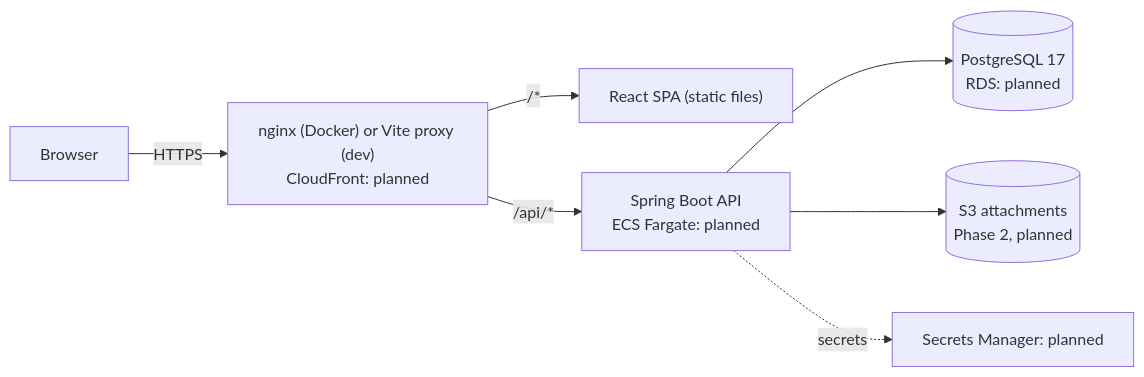
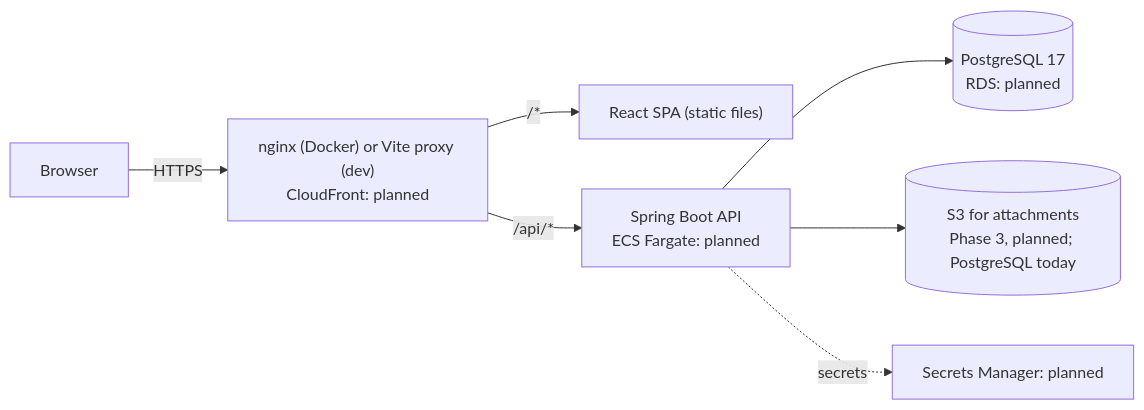
Before and after one commit to Adebozz/enterprise-service-management: the first of 10 diagrams in docs/architecture.md, drawn with Mermaid. The commit also changed other lines of this file and 38 other files, not shown here.

````diff
--- a/docs/architecture.md
+++ b/docs/architecture.md
@@ -11,9 +11,9 @@
 ```mermaid
 flowchart LR
     Browser -->|HTTPS| Edge["nginx (Docker) or Vite proxy (dev)<br/>CloudFront: planned"]
     Edge -->|"/*"| SPA["React SPA (static files)"]
     Edge -->|"/api/*"| API["Spring Boot API<br/>ECS Fargate: planned"]
     API --> DB[(PostgreSQL 17<br/>RDS: planned)]
-    API --> S3[(S3 attachments<br/>Phase 2, planned)]
+    API --> S3[(S3 for attachments<br/>Phase 3, planned; PostgreSQL today)]
     API -.secrets.-> SM[Secrets Manager: planned]
 ```
````
